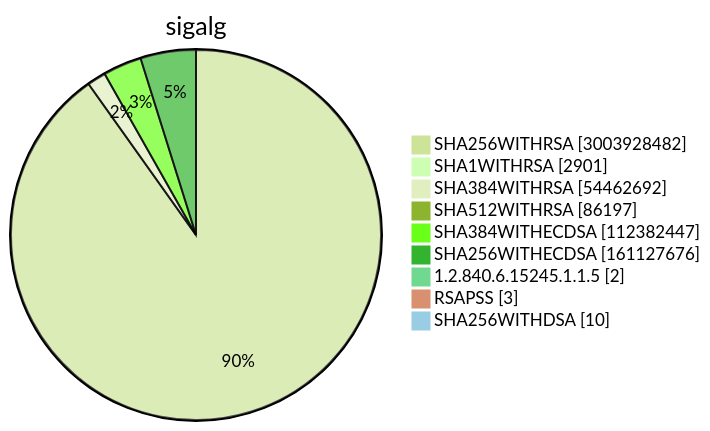
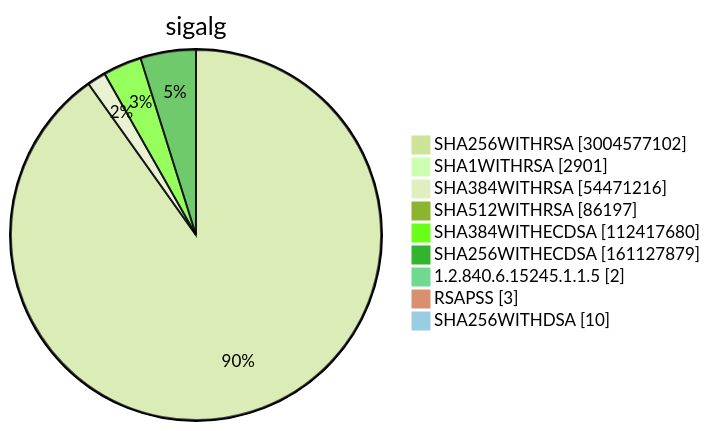
Diagram 15 of 15 in TOTAL/README.md (christiankrug/ctmonitor_visualization), drawn with Mermaid (forest theme) before and after one commit. The commit also changed other lines of this file, not shown here.

````diff
--- a/TOTAL/README.md
+++ b/TOTAL/README.md
@@ -6208,13 +6208,13 @@
 ```mermaid
 pie showData
 title sigalg
-"SHA256WITHRSA" :3003928482
+"SHA256WITHRSA" :3004577102
 "SHA1WITHRSA" :2901
-"SHA384WITHRSA" :54462692
+"SHA384WITHRSA" :54471216
 "SHA512WITHRSA" :86197
-"SHA384WITHECDSA" :112382447
-"SHA256WITHECDSA" :161127676
+"SHA384WITHECDSA" :112417680
+"SHA256WITHECDSA" :161127879
 "1.2.840.6.15245.1.1.5" :2
 "RSAPSS" :3
 "SHA256WITHDSA" :10
 ```
````
